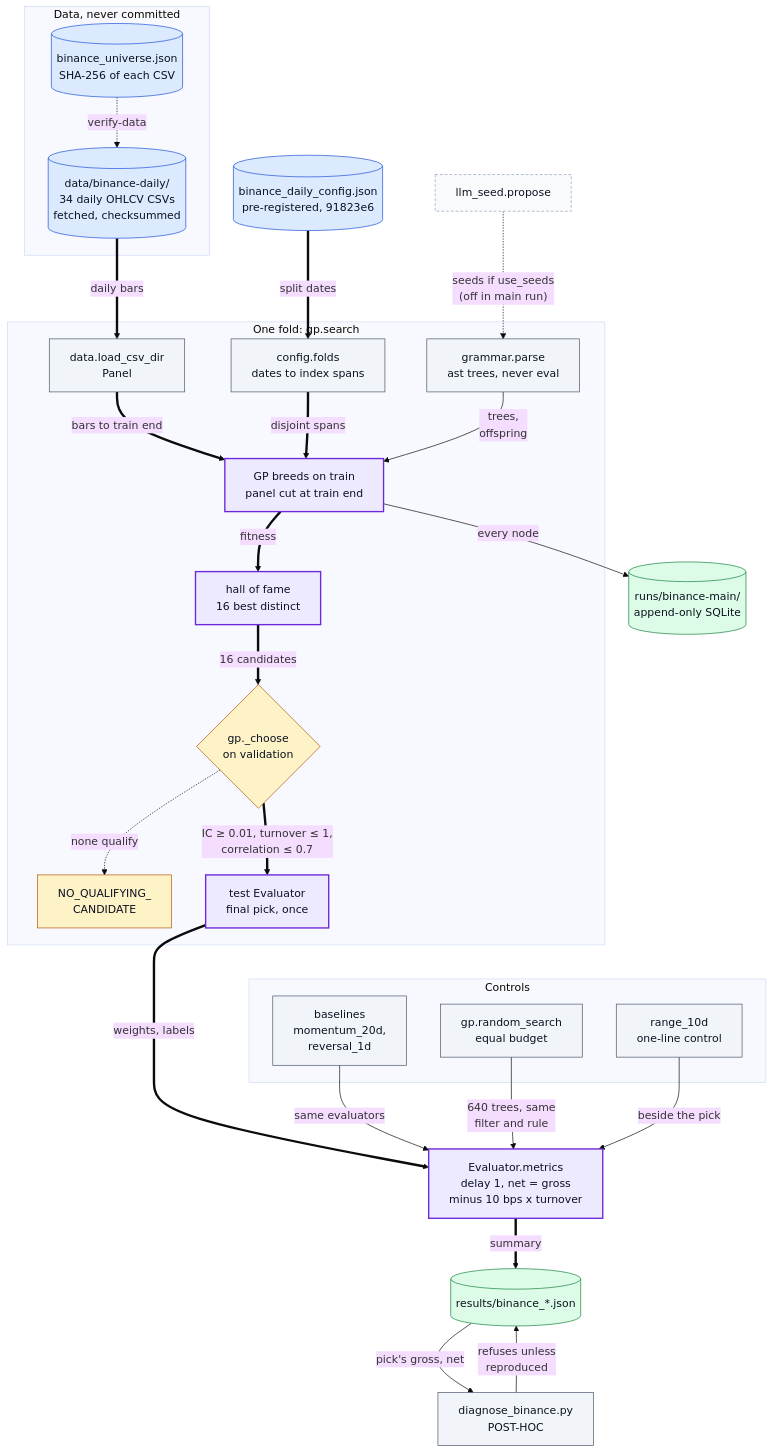
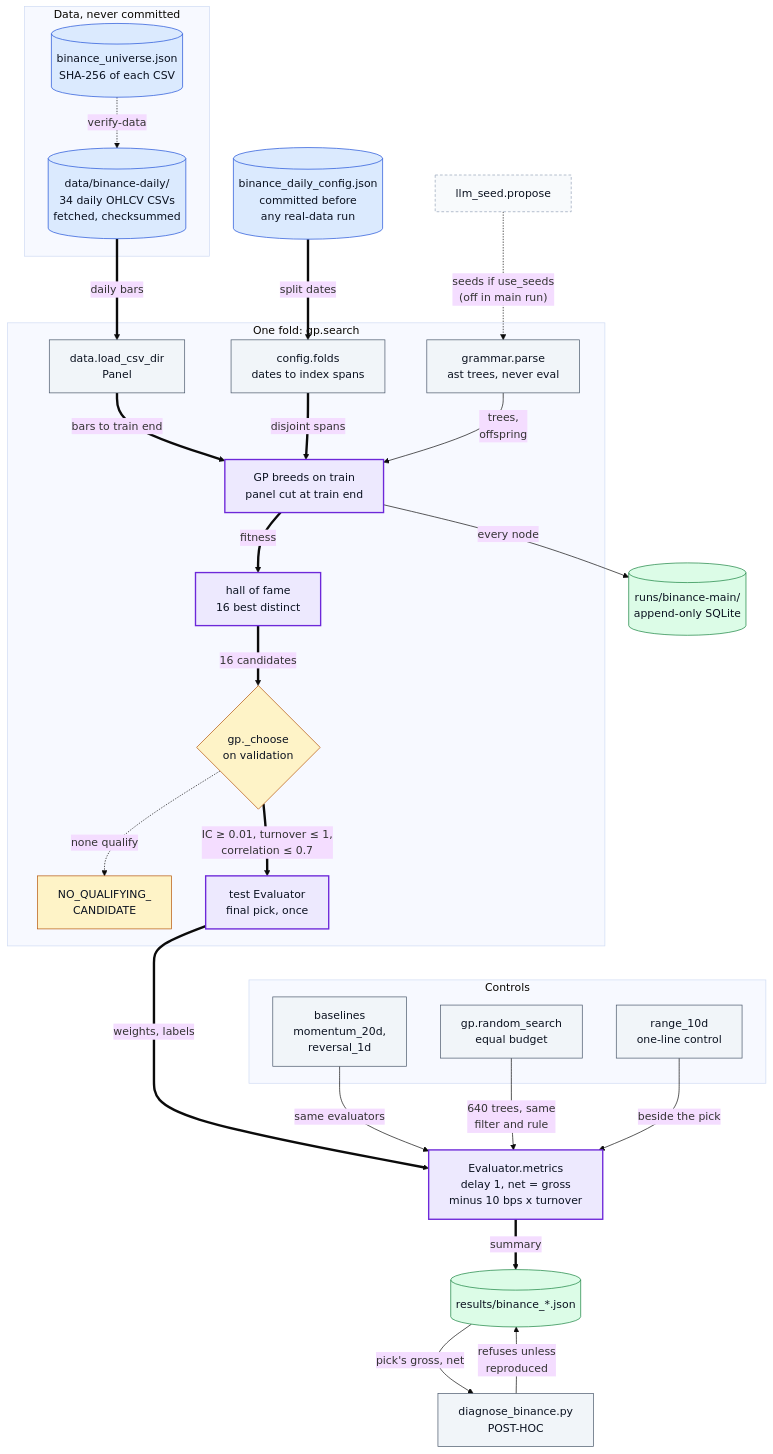
Before and after one commit to oscar-chw/alpha-gp-lab: the first of 5 diagrams in docs/DIAGRAMS.md, drawn with Mermaid (base theme). The commit also changed other lines of this file and 16 other files, not shown here.

````diff
--- a/docs/DIAGRAMS.md
+++ b/docs/DIAGRAMS.md
@@ -26,62 +26,62 @@
 ```mermaid
 flowchart TB
     subgraph DATA["Data, never committed"]
         CSV[("data/binance-daily/<br/>34 daily OHLCV CSVs<br/>fetched, checksummed")]
         UNI[("binance_universe.json<br/>SHA-256 of each CSV")]
     end
-    CFG[("binance_daily_config.json<br/>pre-registered, 91823e6")]
+    CFG[("binance_daily_config.json<br/>committed before<br/>any real-data run")]
     LLM["llm_seed.propose"]
     subgraph SEARCH["One fold: gp.search"]
         PANEL["data.load_csv_dir<br/>Panel"]
         FOLDS["config.folds<br/>dates to index spans"]
         PARSE["grammar.parse<br/>ast trees, never eval"]
         TRAIN["GP breeds on train<br/>panel cut at train end"]
         HOF["hall of fame<br/>16 best distinct"]
         CHOOSE{"gp._choose<br/>on validation"}
         NONE["NO_QUALIFYING_<br/>CANDIDATE"]
         TEST["test Evaluator<br/>final pick, once"]
     end
     subgraph CTRL["Controls"]
         BASE["baselines<br/>momentum_20d,<br/>reversal_1d"]
         RS["gp.random_search<br/>equal budget"]
         ONE["range_10d<br/>one-line control"]
     end
     COST["Evaluator.metrics<br/>delay 1, net = gross<br/>minus 10 bps x turnover"]
     RES[("results/binance_*.json")]
     RUNS[("runs/binance-main/<br/>append-only SQLite")]
     DIAG["diagnose_binance.py<br/>POST-HOC"]
 
     UNI -.->|"verify-data"| CSV
     CSV ==>|"daily bars"| PANEL
     CFG ==>|"split dates"| FOLDS
     PANEL ==>|"bars to train end"| TRAIN
     FOLDS ==>|"disjoint spans"| TRAIN
     LLM -.->|"seeds if use_seeds<br/>(off in main run)"| PARSE
     PARSE -->|"trees,<br/>offspring"| TRAIN
     TRAIN -->|"every node"| RUNS
     TRAIN ==>|"fitness"| HOF
     HOF ==>|"16 candidates"| CHOOSE
     CHOOSE ==>|"IC ≥ 0.01, turnover ≤ 1,<br/>correlation ≤ 0.7"| TEST
     CHOOSE -.->|"none qualify"| NONE
     TEST ==>|"weights, labels"| COST
     BASE -->|"same evaluators"| COST
     RS -->|"640 trees, same<br/>filter and rule"| COST
     ONE -->|"beside the pick"| COST
     COST ==>|"summary"| RES
     TEST ~~~ CTRL
     RES -->|"pick's gross, net"| DIAG
     DIAG -->|"refuses unless<br/>reproduced"| RES
 
     classDef data fill:#dbeafe,stroke:#1d4ed8,color:#0b1220
     classDef step fill:#f1f5f9,stroke:#475569,color:#0b1220
     classDef gate fill:#fef3c7,stroke:#b45309,color:#0b1220
     classDef out  fill:#dcfce7,stroke:#15803d,color:#0b1220
     classDef ext  fill:#f8fafc,stroke:#94a3b8,color:#0b1220,stroke-dasharray:4 3
     classDef key  fill:#ede9fe,stroke:#6d28d9,color:#0b1220,stroke-width:2px
     class CSV,UNI,CFG data
     class PANEL,FOLDS,PARSE,BASE,RS,ONE,DIAG step
     class CHOOSE,NONE gate
     class RES,RUNS out
     class LLM ext
     class TRAIN,HOF,TEST,COST key
 ```
````
